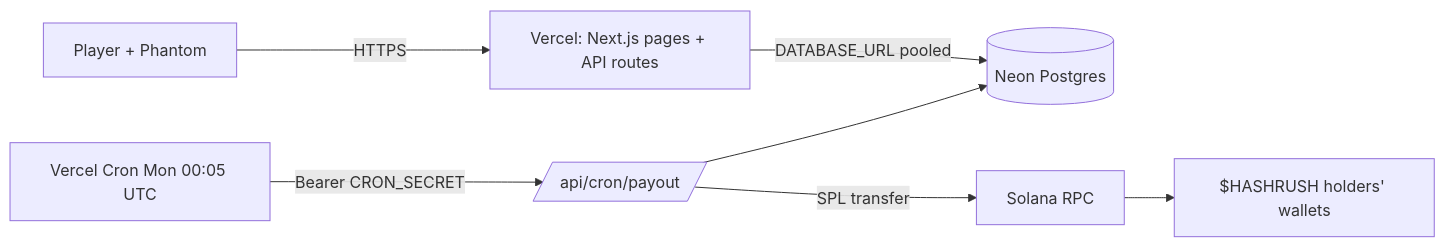
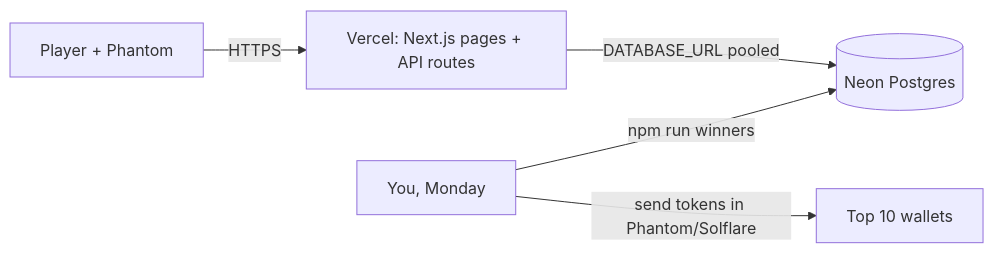
One commit to davide963-ux/cr-gr changed the first of 4 diagrams in README.md. Above: the diagram before and after it, drawn with Mermaid. The commit also changed other lines of this file and 9 other files, not shown here.

First line of the commit message:
Drop payout automation; add manual 'winners' report script

````diff
--- a/README.md
+++ b/README.md
@@ -8,8 +8,7 @@
 ```mermaid
 flowchart LR
   U[Player + Phantom] -->|HTTPS| V[Vercel: Next.js pages + API routes]
   V -->|DATABASE_URL pooled| N[(Neon Postgres)]
-  C[Vercel Cron Mon 00:05 UTC] -->|Bearer CRON_SECRET| P[/api/cron/payout/]
-  P --> N
-  P -->|SPL transfer| S[Solana RPC] --> T[$HASHRUSH holders' wallets]
+  Y[You, Monday] -->|npm run winners| N
+  Y -->|send tokens in Phantom/Solflare| W[Top 10 wallets]
 ```
````
